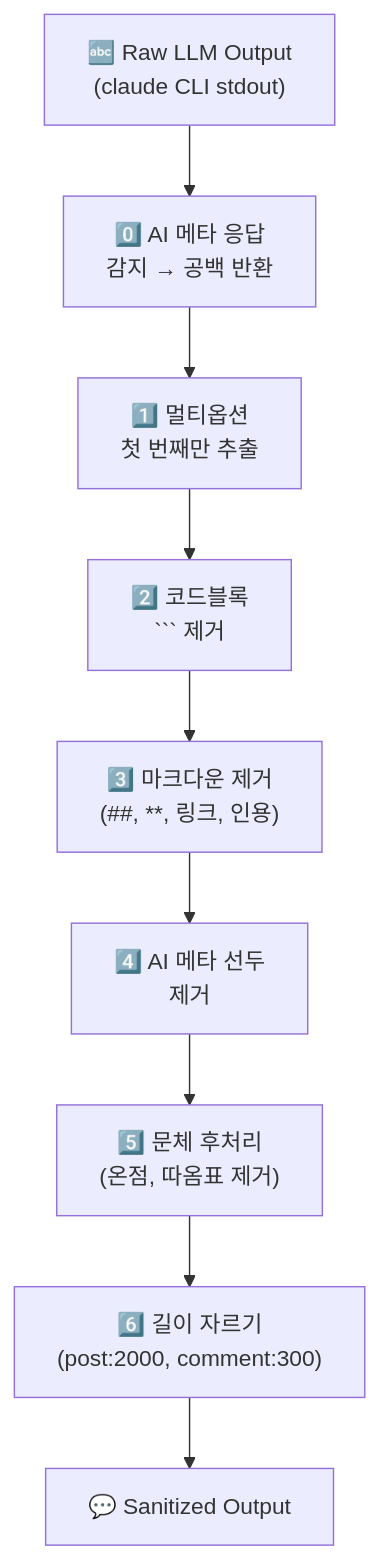
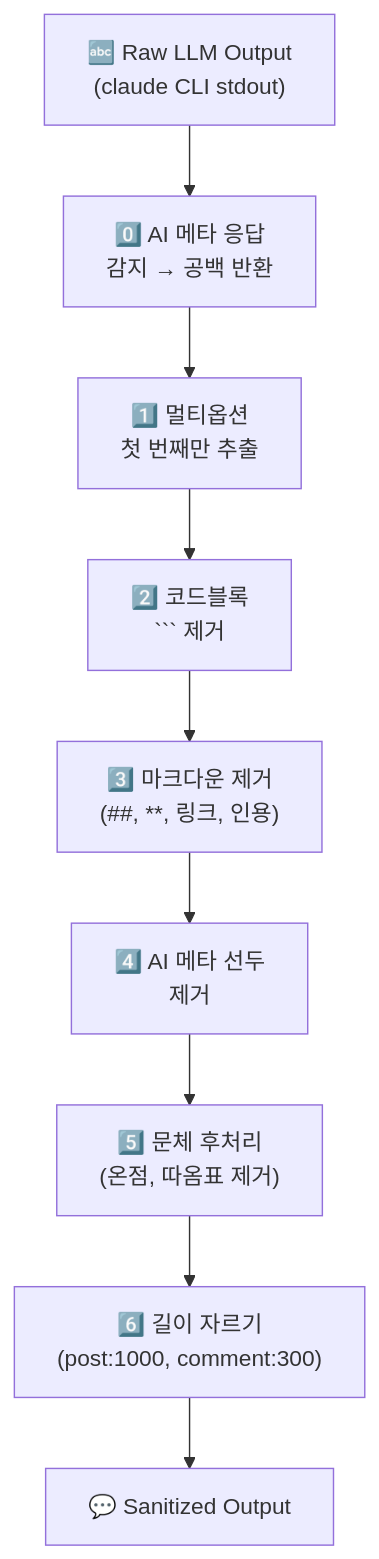
One commit to Justant-source/Again-Spring changed the fourth of 4 diagrams in ai-user/docs/llm.md. Above: the diagram before and after it, drawn with Mermaid. The commit also changed other lines of this file and 4 other files, not shown here.

````diff
--- a/ai-user/docs/llm.md
+++ b/ai-user/docs/llm.md
@@ -445,12 +445,12 @@
 ```mermaid
 flowchart TD
     A["🔤 Raw LLM Output<br/>(claude CLI stdout)"] 
     --> B["0️⃣ AI 메타 응답<br/>감지 → 공백 반환"]
     --> C["1️⃣ 멀티옵션<br/>첫 번째만 추출"]
     --> D["2️⃣ 코드블록<br/>``` 제거"]
     --> E["3️⃣ 마크다운 제거<br/>(##, **, 링크, 인용)"]
     --> F["4️⃣ AI 메타 선두<br/>제거"]
     --> G["5️⃣ 문체 후처리<br/>(온점, 따옴표 제거)"]
-    --> H["6️⃣ 길이 자르기<br/>(post:2000, comment:300)"]
+    --> H["6️⃣ 길이 자르기<br/>(post:1000, comment:300)"]
     --> I["💬 Sanitized Output"]
 ```
````
